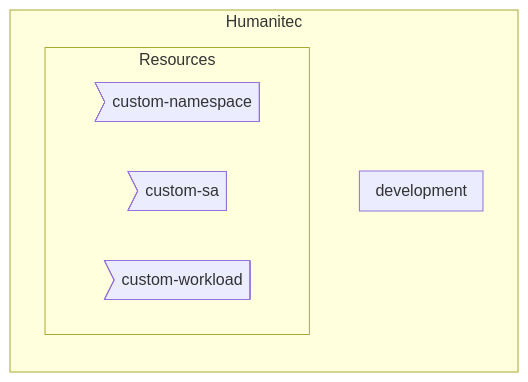
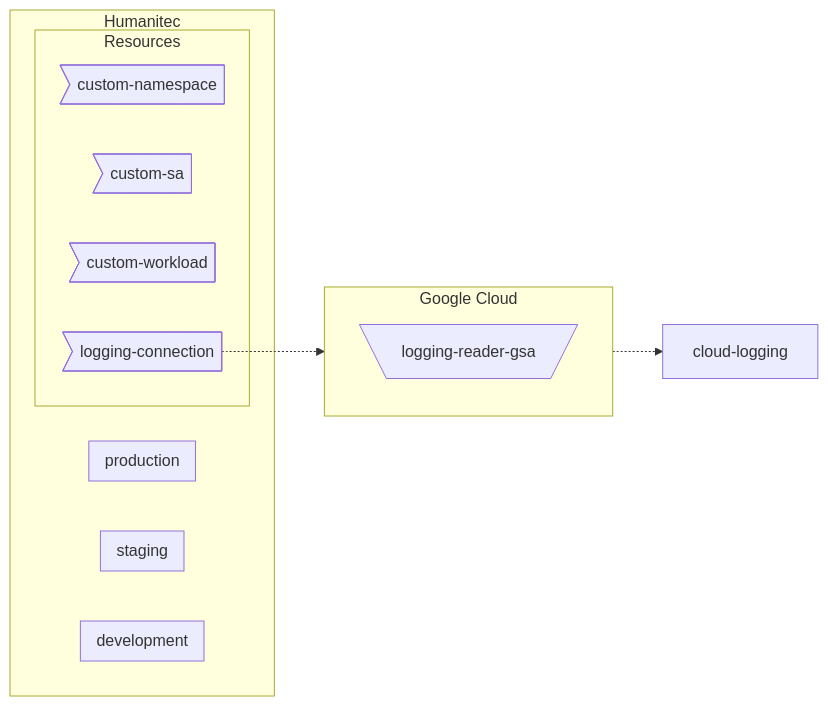
One commit to mathieu-benoit/hello-humanitec changed the diagram in docs/common-setup.md. Above: the diagram before and after it, drawn with Mermaid.

````diff
--- a/docs/common-setup.md
+++ b/docs/common-setup.md
@@ -3,12 +3,23 @@
 ```mermaid
 flowchart LR
   subgraph Humanitec
     subgraph development
     end
+    subgraph staging
+    end
+    subgraph production
+    end
     subgraph Resources
         custom-namespace>custom-namespace]
         custom-sa>custom-sa]
         custom-workload>custom-workload]
+	logging-connection>logging-connection]
     end
   end
+  subgraph Google Cloud
+    direction TB
+    logging-reader-gsa[\logging-reader-gsa/]
+  end
+  logging-connection-.->logging-reader-gsa
+  logging-reader-gsa-.->cloud-logging
 ```
````
